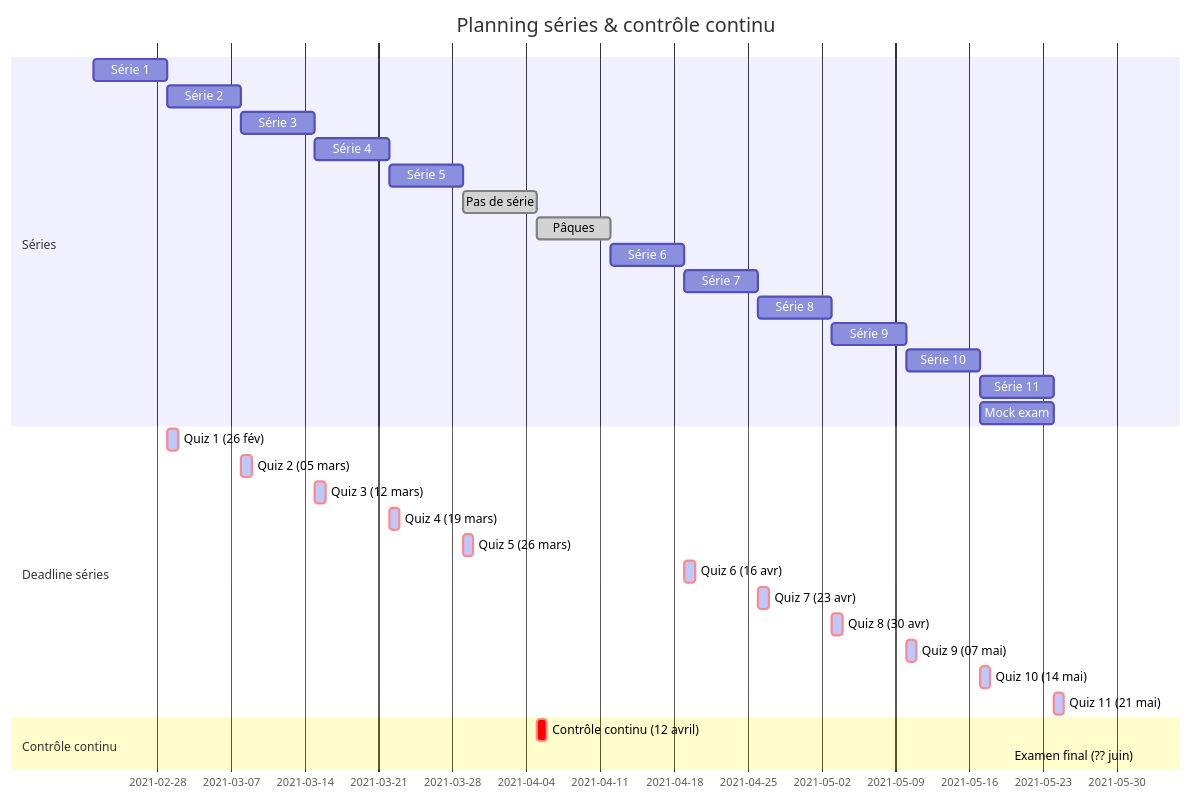
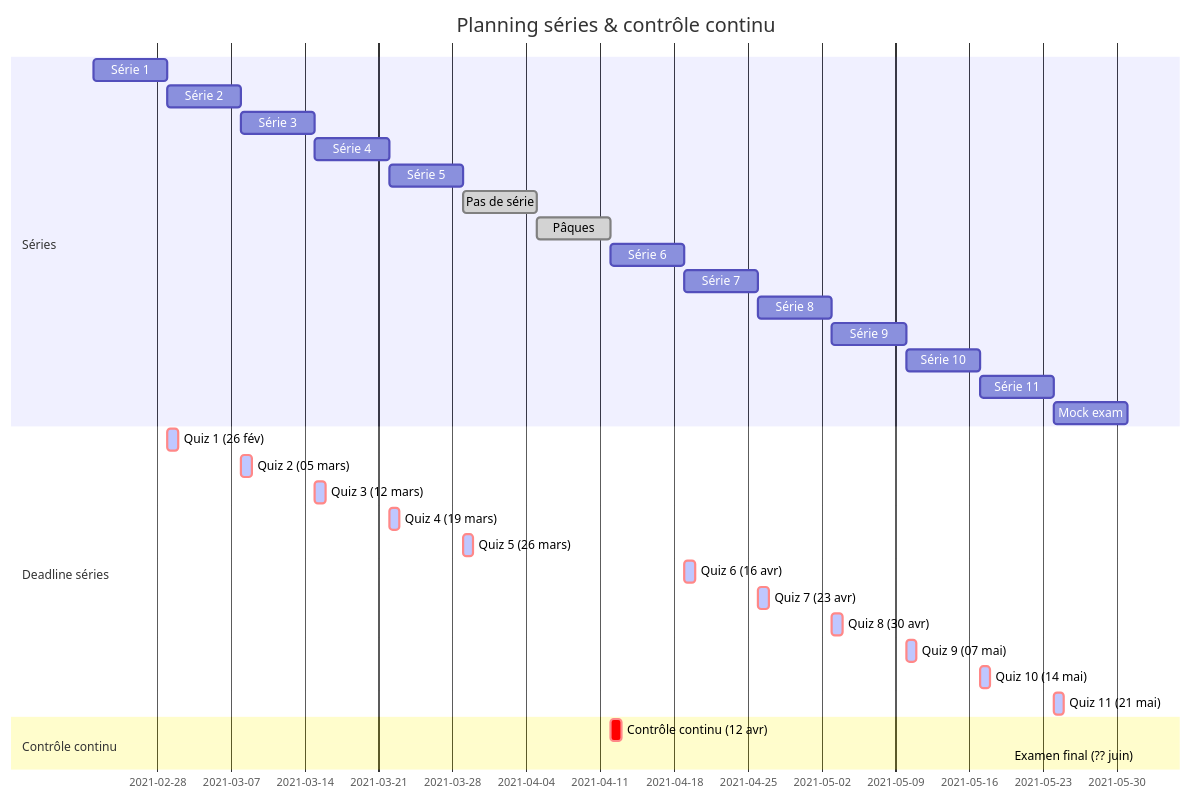
The diagram in content/Syllabus/eval.md (mucyok/mathI-website-GSI), drawn with Mermaid before and after one commit.

```diff
--- a/content/Syllabus/eval.md
+++ b/content/Syllabus/eval.md
@@ -41,35 +41,35 @@
 {{<mermaid>}}
 gantt
         dateFormat  YYYY-MM-DD
         title Planning séries & contrôle continu
         section Séries 
         Série 1            :    des1, 2021-02-22, 7d
         Série 2            :    des2, after des1, 7d
         Série 3            :    des3, after des2, 7d
         Série 4            :    des4, after des3, 7d
         Série 5            :    des5, after des4, 7d
         Pas de série       :done,    des6, after des5, 7d
         Pâques            :done,    des7, after des6, 7d
         Série 6            :  des8, after des7, 7d
         Série 7            :    des9, after des8, 7d
         Série 8            :    des10, after des9, 7d
         Série 9            :    des11, after des10, 7d
         Série 10           :    des12, after des11, 7d
         Série 11           :    des13, after des12, 7d
-        Mock exam          :    des14, after des12, 7d
+        Mock exam          :    des14, after des13, 7d
         section Deadline séries
         Quiz 1 (26 fév)            :crit, active, after des1, 1d
         Quiz 2 (05 mars)            :crit, active, after des2, 1d
         Quiz 3 (12 mars)             :crit, active, after des3, 1d
         Quiz 4 (19 mars)             :crit, active, after des4, 1d
         Quiz 5 (26 mars)             :crit, active, after des5, 1d
         Quiz 6 (16 avr)             :crit, active, after des8, 1d
         Quiz 7 (23 avr)             :crit, active, after des9, 1d
         Quiz 8 (30 avr)             :crit, active, after des10, 1d
         Quiz 9 (07 mai)             :crit, active, after des11, 1d
         Quiz 10 (14 mai)             :crit, active, after des12, 1d
         Quiz 11 (21 mai)             :crit, active, after des13, 1d
         section Contrôle continu 
-        Contrôle continu (12 avril)          :crit, after des6, 1d
+        Contrôle continu (12 avr)          :crit, after des7, 1d
         Examen final (?? juin)              :crit, 2021-06-01, 1h
 {{< /mermaid >}}
```
